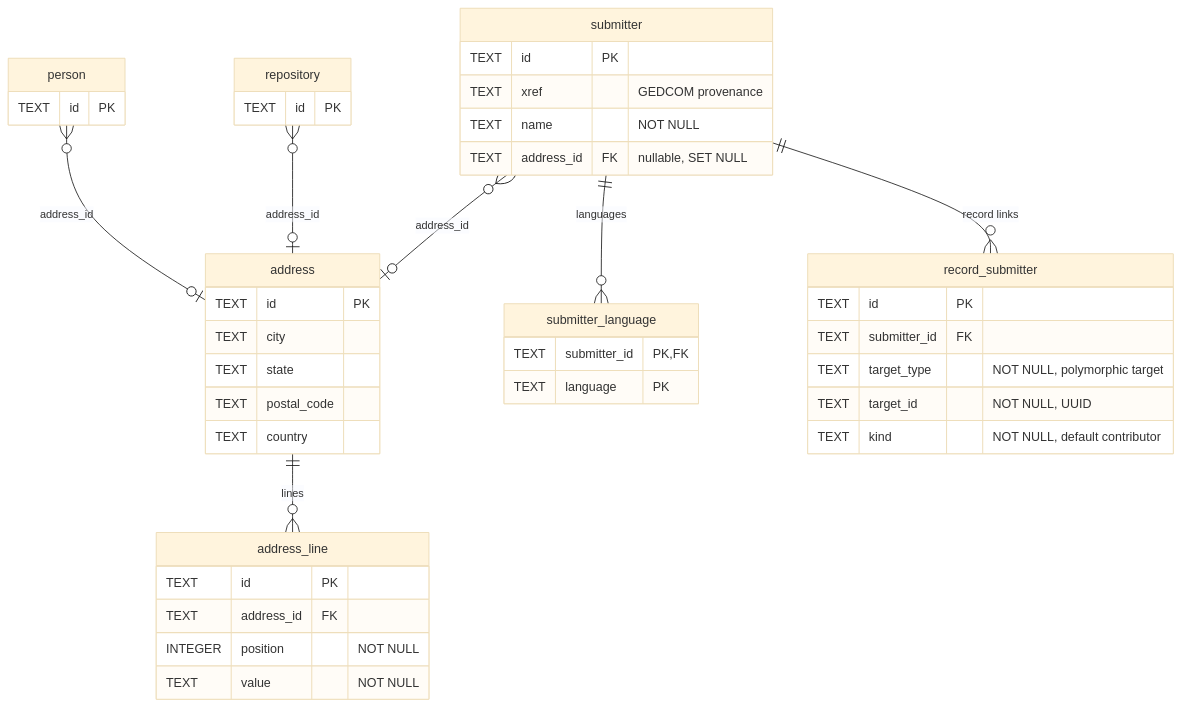
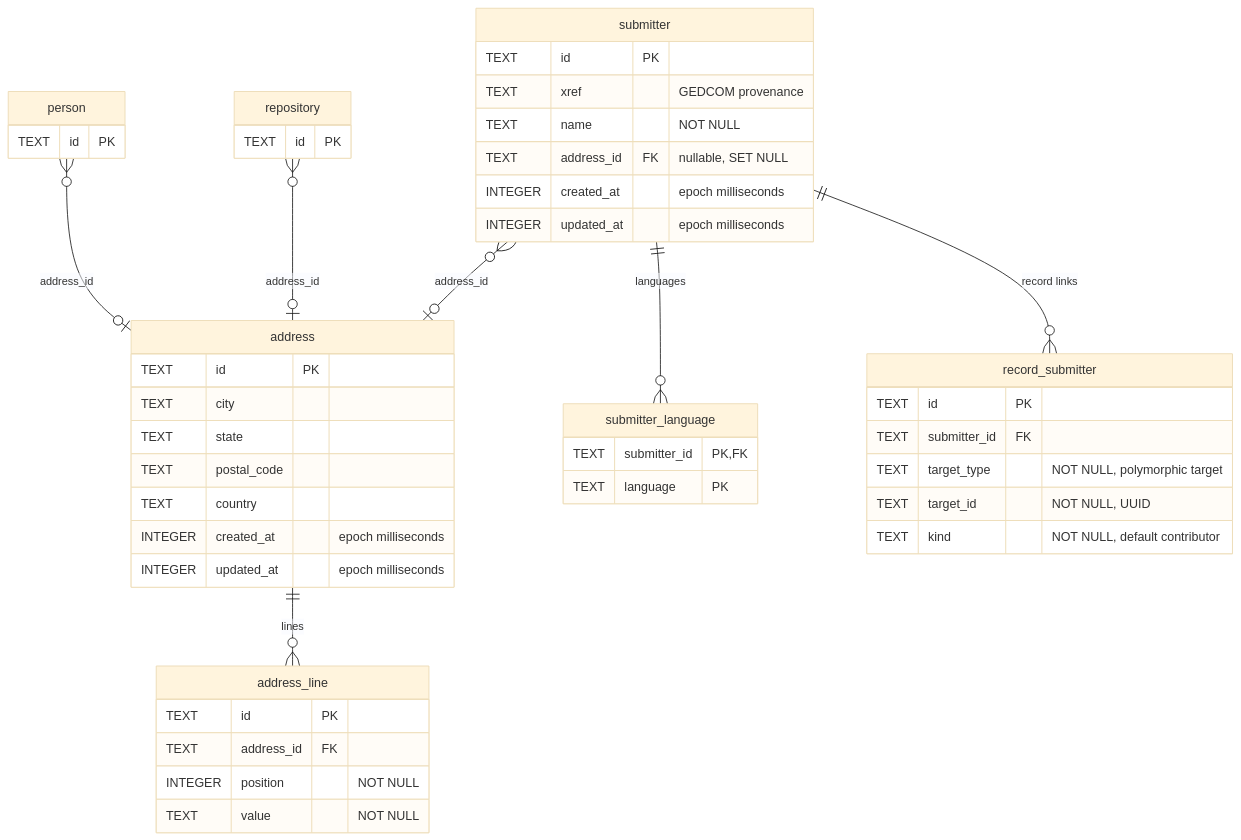
One commit to borisovodov/doru changed diagram 11 of 12 in docs/db-schema.md. Above: the diagram before and after it, drawn with Mermaid (base theme). The commit also changed other lines of this file and 24 other files, not shown here.

````diff
--- a/docs/db-schema.md
+++ b/docs/db-schema.md
@@ -784,52 +827,56 @@
 ```mermaid
 erDiagram
     address ||--o{ address_line : "lines"
     person }o--o| address : "address_id"
     repository }o--o| address : "address_id"
     submitter }o--o| address : "address_id"
     submitter ||--o{ submitter_language : "languages"
     submitter ||--o{ record_submitter : "record links"
 
     address {
         TEXT id PK
         TEXT city
         TEXT state
         TEXT postal_code
         TEXT country
+        INTEGER created_at "epoch milliseconds"
+        INTEGER updated_at "epoch milliseconds"
     }
 
     address_line {
         TEXT id PK
         TEXT address_id FK
         INTEGER position "NOT NULL"
         TEXT value "NOT NULL"
     }
 
     submitter {
         TEXT id PK
         TEXT xref "GEDCOM provenance"
         TEXT name "NOT NULL"
         TEXT address_id FK "nullable, SET NULL"
+        INTEGER created_at "epoch milliseconds"
+        INTEGER updated_at "epoch milliseconds"
     }
 
     submitter_language {
         TEXT submitter_id PK, FK
         TEXT language PK
     }
 
     record_submitter {
         TEXT id PK
         TEXT submitter_id FK
         TEXT target_type "NOT NULL, polymorphic target"
         TEXT target_id "NOT NULL, UUID"
         TEXT kind "NOT NULL, default contributor"
     }
 
     person {
         TEXT id PK
     }
 
     repository {
         TEXT id PK
     }
 ```
````
